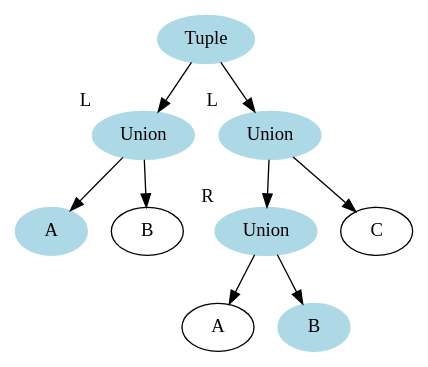
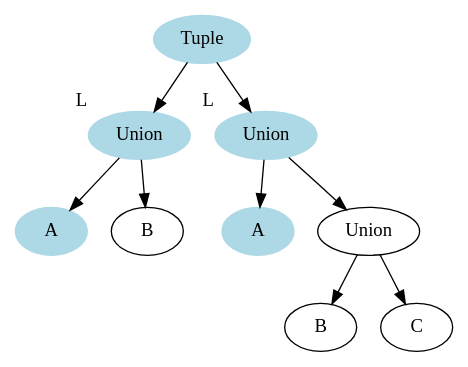
Before and after one commit to BenChung/SubtypingCorrectness: the diagram in figures/example.dot, drawn with Graphviz.

Commit message:
Update makefile for figures

```diff
--- a/figures/example.dot
+++ b/figures/example.dot
@@ -1,19 +1,21 @@
 digraph G {
     margin=0;
   unionl [label="Union", xlabel="L",color=lightblue,style=filled]
   unionr [label="Union", xlabel="L",color=lightblue,style=filled]
-  unionrl [label="Union", xlabel="R",color=lightblue,style=filled]
+  unionrl [label="Union"]
   A1 [label="A",color=lightblue,style=filled]
-  A2 [label="A"]
+  A2 [label="A",color=lightblue,style=filled]
   B1 [label="B"]
-  B2 [label="B",color=lightblue,style=filled]
+  B2 [label="B"]
   "Tuple" [color=lightblue,style=filled]
   "Tuple" -> unionl
   "Tuple" -> unionr  
-  unionr -> unionrl
   unionl -> A1
   unionl -> B1
-  unionrl -> A2
   unionrl -> B2
-  unionr -> C
+  unionrl -> C
+  unionr -> unionrl
+  unionr -> A2
+  A2 -> unionrl[style=invis];
+  {rank=same; unionrl A2}
 }
```
